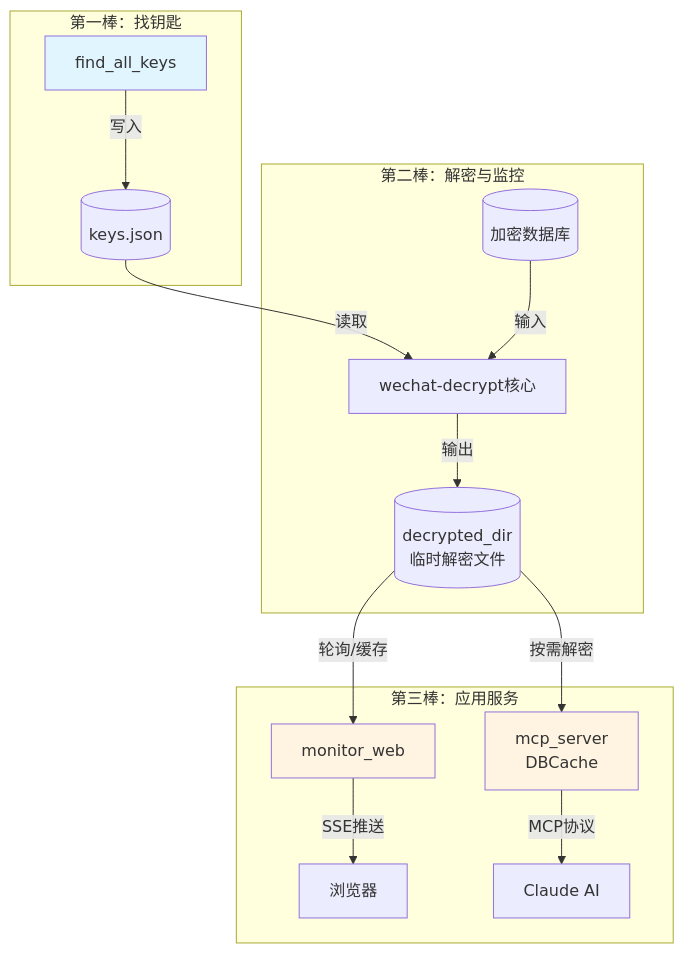
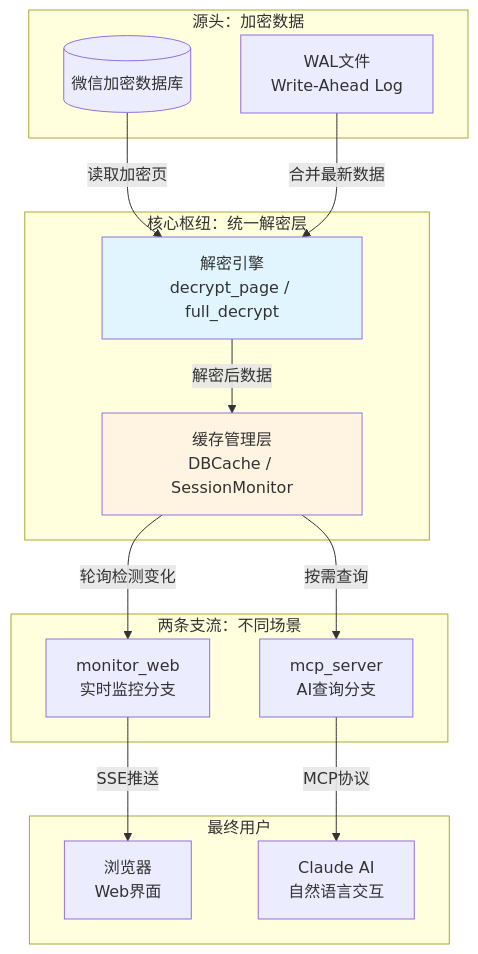
One commit to nerdneilsfield/code-wiki-pages changed the first of 13 diagrams in public/wechat-decrypt/guide-beginners-guide-data-flow.md. Above: the diagram before and after it, drawn with Mermaid. The commit also changed other lines of this file and 30 other files, not shown here.

Commit message:
moudle: updae wechat-decrypt

````diff
--- a/public/wechat-decrypt/guide-beginners-guide-data-flow.md
+++ b/public/wechat-decrypt/guide-beginners-guide-data-flow.md
@@ -13,23 +15,35 @@
 ```mermaid
 graph TD
-    subgraph "第一棒：找钥匙"
-        A[find_all_keys] -->|写入| B[(keys.json)]
+    subgraph "源头：加密数据"
+        EncDB[(微信加密数据库)]
+        WAL[WAL文件<br/>Write-Ahead Log]
     end
     
-    subgraph "第二棒：解密与监控"
-        B -->|读取| C[wechat-decrypt核心]
-        D[(加密数据库)] -->|输入| C
-        C -->|输出| E[(decrypted_dir<br/>临时解密文件)]
+    subgraph "核心枢纽：统一解密层"
+        DecryptEngine[解密引擎<br/>decrypt_page / full_decrypt]
+        CacheLayer[缓存管理层<br/>DBCache / SessionMonitor]
     end
     
-    subgraph "第三棒：应用服务"
-        E -->|轮询/缓存| F[monitor_web]
-        E -->|按需解密| G[mcp_server<br/>DBCache]
-        F -->|SSE推送| H[浏览器]
-        G -->|MCP协议| I[Claude AI]
+    subgraph "两条支流：不同场景"
+        MonitorBranch[monitor_web<br/>实时监控分支]
+        MCPBranch[mcp_server<br/>AI查询分支]
     end
     
-    style A fill:#e1f5ff
-    style F fill:#fff4e1
-    style G fill:#fff4e1
+    subgraph "最终用户"
+        Browser[浏览器<br/>Web界面]
+        Claude[Claude AI<br/>自然语言交互]
+    end
+    
+    EncDB -->|读取加密页| DecryptEngine
+    WAL -->|合并最新数据| DecryptEngine
+    DecryptEngine -->|解密后数据| CacheLayer
+    
+    CacheLayer -->|轮询检测变化| MonitorBranch
+    MonitorBranch -->|SSE推送| Browser
+    
+    CacheLayer -->|按需查询| MCPBranch
+    MCPBranch -->|MCP协议| Claude
+    
+    style DecryptEngine fill:#e1f5ff
+    style CacheLayer fill:#fff4e1
 ```
````
